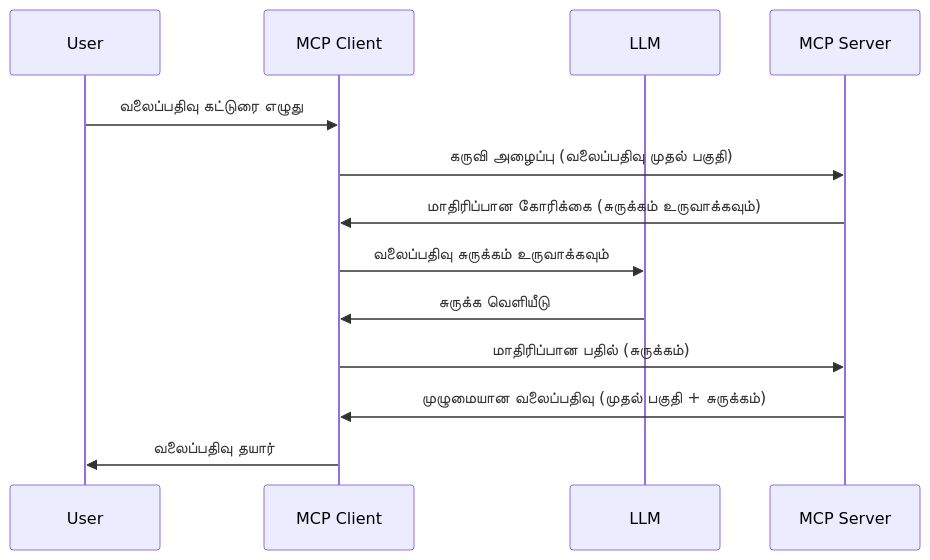
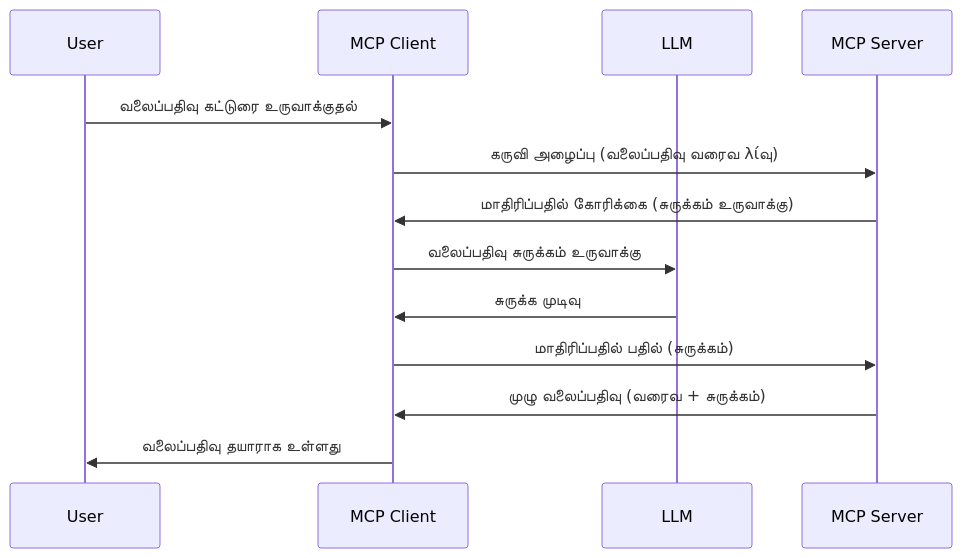
Before and after one commit to HIDORAKAI002/ai-workspace-archive: the diagram in mcp_ecosystem__model_context_protocol/mcp_learning_resources/mcp-for-beginners/translations/ta/03-GettingStarted/14-sampling/README.md, drawn with Mermaid. The commit also changed other lines of this file and 1046 other files, not shown here.

````diff
--- a/mcp_ecosystem__model_context_protocol/mcp_learning_resources/mcp-for-beginners/translations/ta/03-GettingStarted/14-sampling/README.md
+++ b/mcp_ecosystem__model_context_protocol/mcp_learning_resources/mcp-for-beginners/translations/ta/03-GettingStarted/14-sampling/README.md
@@ -23,16 +25,16 @@
 ```mermaid
 sequenceDiagram
     participant User
     participant MCP Client
     participant LLM
     participant MCP Server
 
-    User->>MCP Client: வலைப்பதிவு கட்டுரை எழுது
-    MCP Client->>MCP Server: கருவி அழைப்பு (வலைப்பதிவு முதல் பகுதி)
-    MCP Server->>MCP Client: மாதிரிப்பான கோரிக்கை (சுருக்கம் உருவாக்கவும்)
-    MCP Client->>LLM: வலைப்பதிவு சுருக்கம் உருவாக்கவும்
-    LLM->>MCP Client: சுருக்க வெளியீடு
-    MCP Client->>MCP Server: மாதிரிப்பான பதில் (சுருக்கம்)
-    MCP Server->>MCP Client: முழுமையான வலைப்பதிவு (முதல் பகுதி + சுருக்கம்)
-    MCP Client->>User: வலைப்பதிவு தயார்
+    User->>MCP Client: வலைப்பதிவு கட்டுரை உருவாக்குதல்
+    MCP Client->>MCP Server: கருவி அழைப்பு (வலைப்பதிவு வரைவ λίவு)
+    MCP Server->>MCP Client: மாதிரிப்பதில் கோரிக்கை (சுருக்கம் உருவாக்கு)
+    MCP Client->>LLM: வலைப்பதிவு சுருக்கம் உருவாக்கு
+    LLM->>MCP Client: சுருக்க முடிவு
+    MCP Client->>MCP Server: மாதிரிப்பதில் பதில் (சுருக்கம்)
+    MCP Server->>MCP Client: முழு வலைப்பதிவு (வரைவ + சுருக்கம்)
+    MCP Client->>User: வலைப்பதிவு தயாராக உள்ளது
 ```
````
